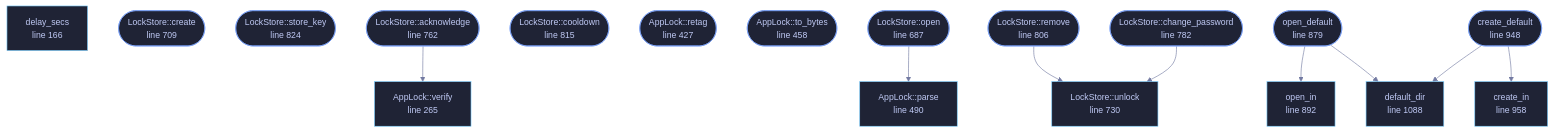
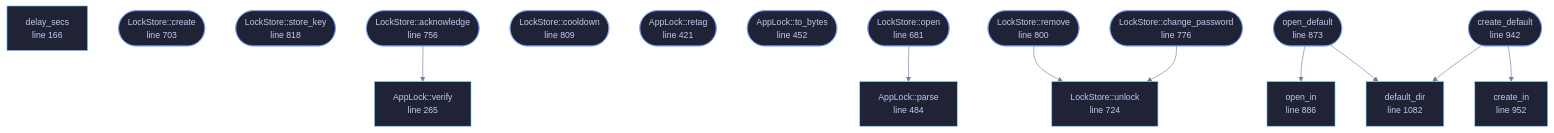
One commit to tilas01/veilvoice changed the diagram in docs/files/veilvoice-crypto/lock.md. Above: the diagram before and after it, drawn with Mermaid. The commit also changed other lines of this file and 59 other files, not shown here.

````diff
--- a/docs/files/veilvoice-crypto/lock.md
+++ b/docs/files/veilvoice-crypto/lock.md
@@ -208,60 +207,60 @@
 ```mermaid
 %%{init: {"theme":"base","themeVariables":{"background":"#1a1b26","primaryColor":"#1f2335","primaryTextColor":"#c0caf5","primaryBorderColor":"#7aa2f7","secondaryColor":"#16161e","tertiaryColor":"#16161e","lineColor":"#737aa2","textColor":"#c0caf5","mainBkg":"#1f2335","nodeBorder":"#7aa2f7","clusterBkg":"#16161e","clusterBorder":"#2f3549","fontFamily":"ui-monospace, SFMono-Regular, Consolas, monospace","fontSize":"14px"}}}%%
 flowchart TD
     n_delay_secs["delay_secs<br/>line 166"]
     n_create(["AppLock::create<br/>line 223"])
     n_store_key(["AppLock::store_key<br/>line 255"])
     n_verify["AppLock::verify<br/>line 265"]
     n_acknowledge(["AppLock::acknowledge<br/>line 327"])
-    n_cooldown(["AppLock::cooldown<br/>line 367"])
-    n_retag(["AppLock::retag<br/>line 427"])
-    n_to_bytes(["AppLock::to_bytes<br/>line 458"])
-    n_parse["AppLock::parse<br/>line 490"]
-    n_open(["LockStore::open<br/>line 687"])
-    n_create(["LockStore::create<br/>line 709"])
-    n_unlock["LockStore::unlock<br/>line 730"]
-    n_acknowledge(["LockStore::acknowledge<br/>line 762"])
-    n_change_password(["LockStore::change_password<br/>line 782"])
-    n_remove(["LockStore::remove<br/>line 806"])
-    n_cooldown(["LockStore::cooldown<br/>line 815"])
-    n_store_key(["LockStore::store_key<br/>line 824"])
-    n_open_default(["open_default<br/>line 879"])
-    n_open_in["open_in<br/>line 892"]
-    n_create_default(["create_default<br/>line 948"])
-    n_create_in["create_in<br/>line 958"]
-    n_default_dir["default_dir<br/>line 1088"]
+    n_cooldown(["AppLock::cooldown<br/>line 361"])
+    n_retag(["AppLock::retag<br/>line 421"])
+    n_to_bytes(["AppLock::to_bytes<br/>line 452"])
+    n_parse["AppLock::parse<br/>line 484"]
+    n_open(["LockStore::open<br/>line 681"])
+    n_create(["LockStore::create<br/>line 703"])
+    n_unlock["LockStore::unlock<br/>line 724"]
+    n_acknowledge(["LockStore::acknowledge<br/>line 756"])
+    n_change_password(["LockStore::change_password<br/>line 776"])
+    n_remove(["LockStore::remove<br/>line 800"])
+    n_cooldown(["LockStore::cooldown<br/>line 809"])
+    n_store_key(["LockStore::store_key<br/>line 818"])
+    n_open_default(["open_default<br/>line 873"])
+    n_open_in["open_in<br/>line 886"]
+    n_create_default(["create_default<br/>line 942"])
+    n_create_in["create_in<br/>line 952"]
+    n_default_dir["default_dir<br/>line 1082"]
     n_acknowledge --> n_verify
     n_change_password --> n_unlock
     n_create_default --> n_create_in
     n_create_default --> n_default_dir
     n_open --> n_parse
     n_open_default --> n_default_dir
     n_open_default --> n_open_in
     n_remove --> n_unlock
     click n_delay_secs href "https://github.com/tilas01/veilvoice/blob/main/crates/veilvoice-crypto/src/lock.rs#L166" "open the source"
     click n_create href "https://github.com/tilas01/veilvoice/blob/main/crates/veilvoice-crypto/src/lock.rs#L223" "open the source"
     click n_store_key href "https://github.com/tilas01/veilvoice/blob/main/crates/veilvoice-crypto/src/lock.rs#L255" "open the source"
     click n_verify href "https://github.com/tilas01/veilvoice/blob/main/crates/veilvoice-crypto/src/lock.rs#L265" "open the source"
     click n_acknowledge href "https://github.com/tilas01/veilvoice/blob/main/crates/veilvoice-crypto/src/lock.rs#L327" "open the source"
-    click n_cooldown href "https://github.com/tilas01/veilvoice/blob/main/crates/veilvoice-crypto/src/lock.rs#L367" "open the source"
-    click n_retag href "https://github.com/tilas01/veilvoice/blob/main/crates/veilvoice-crypto/src/lock.rs#L427" "open the source"
-    click n_to_bytes href "https://github.com/tilas01/veilvoice/blob/main/crates/veilvoice-crypto/src/lock.rs#L458" "open the source"
-    click n_parse href "https://github.com/tilas01/veilvoice/blob/main/crates/veilvoice-crypto/src/lock.rs#L490" "open the source"
-    click n_open href "https://github.com/tilas01/veilvoice/blob/main/crates/veilvoice-crypto/src/lock.rs#L687" "open the source"
-    click n_create href "https://github.com/tilas01/veilvoice/blob/main/crates/veilvoice-crypto/src/lock.rs#L709" "open the source"
-    click n_unlock href "https://github.com/tilas01/veilvoice/blob/main/crates/veilvoice-crypto/src/lock.rs#L730" "open the source"
-    click n_acknowledge href "https://github.com/tilas01/veilvoice/blob/main/crates/veilvoice-crypto/src/lock.rs#L762" "open the source"
-    click n_change_password href "https://github.com/tilas01/veilvoice/blob/main/crates/veilvoice-crypto/src/lock.rs#L782" "open the source"
-    click n_remove href "https://github.com/tilas01/veilvoice/blob/main/crates/veilvoice-crypto/src/lock.rs#L806" "open the source"
-    click n_cooldown href "https://github.com/tilas01/veilvoice/blob/main/crates/veilvoice-crypto/src/lock.rs#L815" "open the source"
-    click n_store_key href "https://github.com/tilas01/veilvoice/blob/main/crates/veilvoice-crypto/src/lock.rs#L824" "open the source"
-    click n_open_default href "https://github.com/tilas01/veilvoice/blob/main/crates/veilvoice-crypto/src/lock.rs#L879" "open the source"
-    click n_open_in href "https://github.com/tilas01/veilvoice/blob/main/crates/veilvoice-crypto/src/lock.rs#L892" "open the source"
-    click n_create_default href "https://github.com/tilas01/veilvoice/blob/main/crates/veilvoice-crypto/src/lock.rs#L948" "open the source"
-    click n_create_in href "https://github.com/tilas01/veilvoice/blob/main/crates/veilvoice-crypto/src/lock.rs#L958" "open the source"
-    click n_default_dir href "https://github.com/tilas01/veilvoice/blob/main/crates/veilvoice-crypto/src/lock.rs#L1088" "open the source"
+    click n_cooldown href "https://github.com/tilas01/veilvoice/blob/main/crates/veilvoice-crypto/src/lock.rs#L361" "open the source"
+    click n_retag href "https://github.com/tilas01/veilvoice/blob/main/crates/veilvoice-crypto/src/lock.rs#L421" "open the source"
+    click n_to_bytes href "https://github.com/tilas01/veilvoice/blob/main/crates/veilvoice-crypto/src/lock.rs#L452" "open the source"
+    click n_parse href "https://github.com/tilas01/veilvoice/blob/main/crates/veilvoice-crypto/src/lock.rs#L484" "open the source"
+    click n_open href "https://github.com/tilas01/veilvoice/blob/main/crates/veilvoice-crypto/src/lock.rs#L681" "open the source"
+    click n_create href "https://github.com/tilas01/veilvoice/blob/main/crates/veilvoice-crypto/src/lock.rs#L703" "open the source"
+    click n_unlock href "https://github.com/tilas01/veilvoice/blob/main/crates/veilvoice-crypto/src/lock.rs#L724" "open the source"
+    click n_acknowledge href "https://github.com/tilas01/veilvoice/blob/main/crates/veilvoice-crypto/src/lock.rs#L756" "open the source"
+    click n_change_password href "https://github.com/tilas01/veilvoice/blob/main/crates/veilvoice-crypto/src/lock.rs#L776" "open the source"
+    click n_remove href "https://github.com/tilas01/veilvoice/blob/main/crates/veilvoice-crypto/src/lock.rs#L800" "open the source"
+    click n_cooldown href "https://github.com/tilas01/veilvoice/blob/main/crates/veilvoice-crypto/src/lock.rs#L809" "open the source"
+    click n_store_key href "https://github.com/tilas01/veilvoice/blob/main/crates/veilvoice-crypto/src/lock.rs#L818" "open the source"
+    click n_open_default href "https://github.com/tilas01/veilvoice/blob/main/crates/veilvoice-crypto/src/lock.rs#L873" "open the source"
+    click n_open_in href "https://github.com/tilas01/veilvoice/blob/main/crates/veilvoice-crypto/src/lock.rs#L886" "open the source"
+    click n_create_default href "https://github.com/tilas01/veilvoice/blob/main/crates/veilvoice-crypto/src/lock.rs#L942" "open the source"
+    click n_create_in href "https://github.com/tilas01/veilvoice/blob/main/crates/veilvoice-crypto/src/lock.rs#L952" "open the source"
+    click n_default_dir href "https://github.com/tilas01/veilvoice/blob/main/crates/veilvoice-crypto/src/lock.rs#L1082" "open the source"
     classDef entry fill:#1f2335,stroke:#7aa2f7,color:#c0caf5
     class n_create,n_store_key,n_acknowledge,n_cooldown,n_retag,n_to_bytes,n_open,n_create,n_acknowledge,n_change_password,n_remove,n_cooldown,n_store_key,n_open_default,n_create_default entry
     classDef api fill:#1f2335,stroke:#7dcfff,color:#c0caf5
     class n_delay_secs,n_verify,n_parse,n_unlock,n_open_in,n_create_in,n_default_dir api
 ```
````
